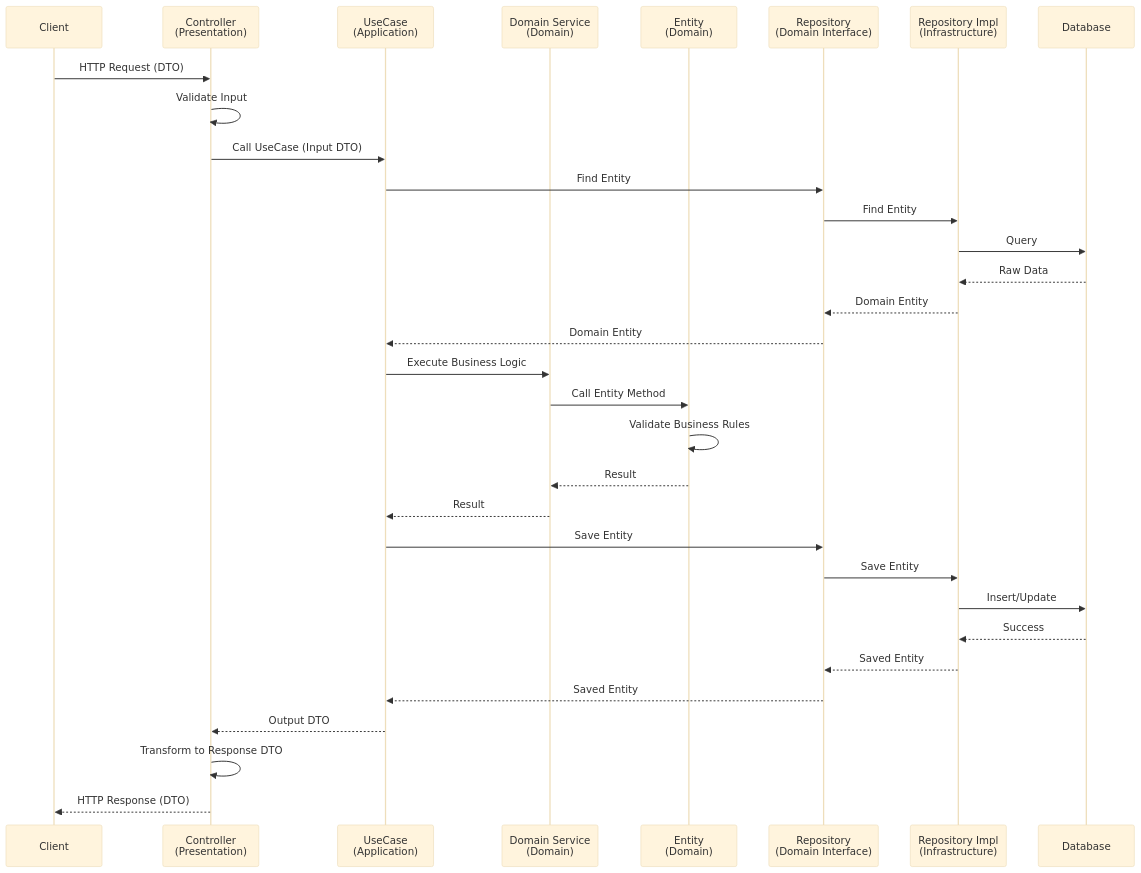
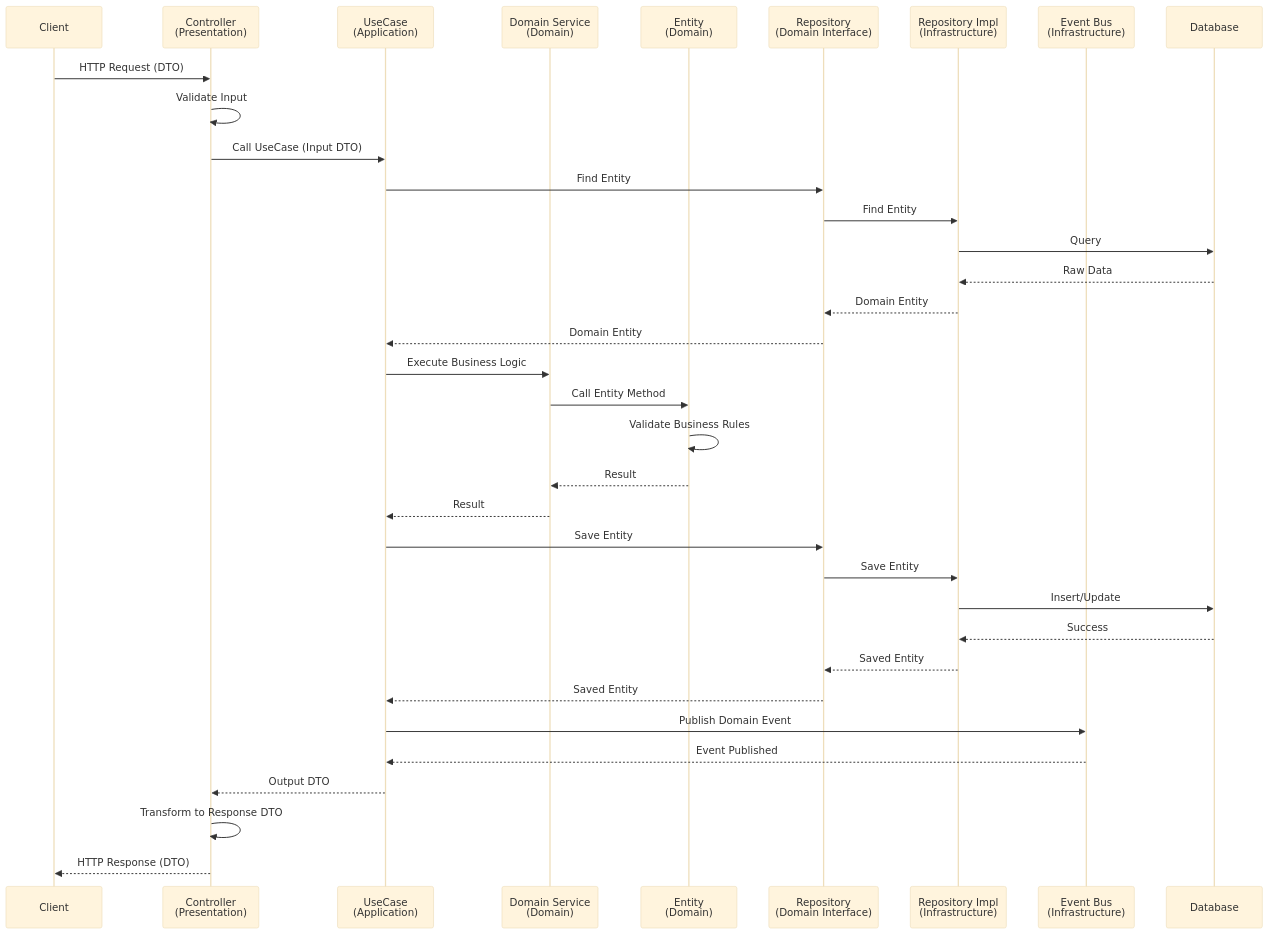
Before and after one commit to ywj3493/hhplus-e-commerce: the eighth of 9 diagrams in docs/dev/dashboard/architecture.md, drawn with Mermaid (base theme). The commit also changed other lines of this file and 2 other files, not shown here.

First line of the commit message:
docs: update product domain documentation for Issue #007

````diff
--- a/docs/dev/dashboard/architecture.md
+++ b/docs/dev/dashboard/architecture.md
@@ -666,39 +1628,43 @@
 ```mermaid
 sequenceDiagram
     participant Client
     participant Controller as Controller<br/>(Presentation)
     participant UseCase as UseCase<br/>(Application)
     participant DomainService as Domain Service<br/>(Domain)
     participant Entity as Entity<br/>(Domain)
     participant Repository as Repository<br/>(Domain Interface)
     participant RepositoryImpl as Repository Impl<br/>(Infrastructure)
+    participant EventBus as Event Bus<br/>(Infrastructure)
     participant DB as Database
 
     Client->>Controller: HTTP Request (DTO)
     Controller->>Controller: Validate Input
     Controller->>UseCase: Call UseCase (Input DTO)
 
     UseCase->>Repository: Find Entity
     Repository->>RepositoryImpl: Find Entity
     RepositoryImpl->>DB: Query
     DB-->>RepositoryImpl: Raw Data
     RepositoryImpl-->>Repository: Domain Entity
     Repository-->>UseCase: Domain Entity
 
     UseCase->>DomainService: Execute Business Logic
     DomainService->>Entity: Call Entity Method
     Entity->>Entity: Validate Business Rules
     Entity-->>DomainService: Result
     DomainService-->>UseCase: Result
 
     UseCase->>Repository: Save Entity
     Repository->>RepositoryImpl: Save Entity
     RepositoryImpl->>DB: Insert/Update
     DB-->>RepositoryImpl: Success
     RepositoryImpl-->>Repository: Saved Entity
     Repository-->>UseCase: Saved Entity
 
+    UseCase->>EventBus: Publish Domain Event
+    EventBus-->>UseCase: Event Published
+
     UseCase-->>Controller: Output DTO
     Controller->>Controller: Transform to Response DTO
     Controller-->>Client: HTTP Response (DTO)
 ```
````
